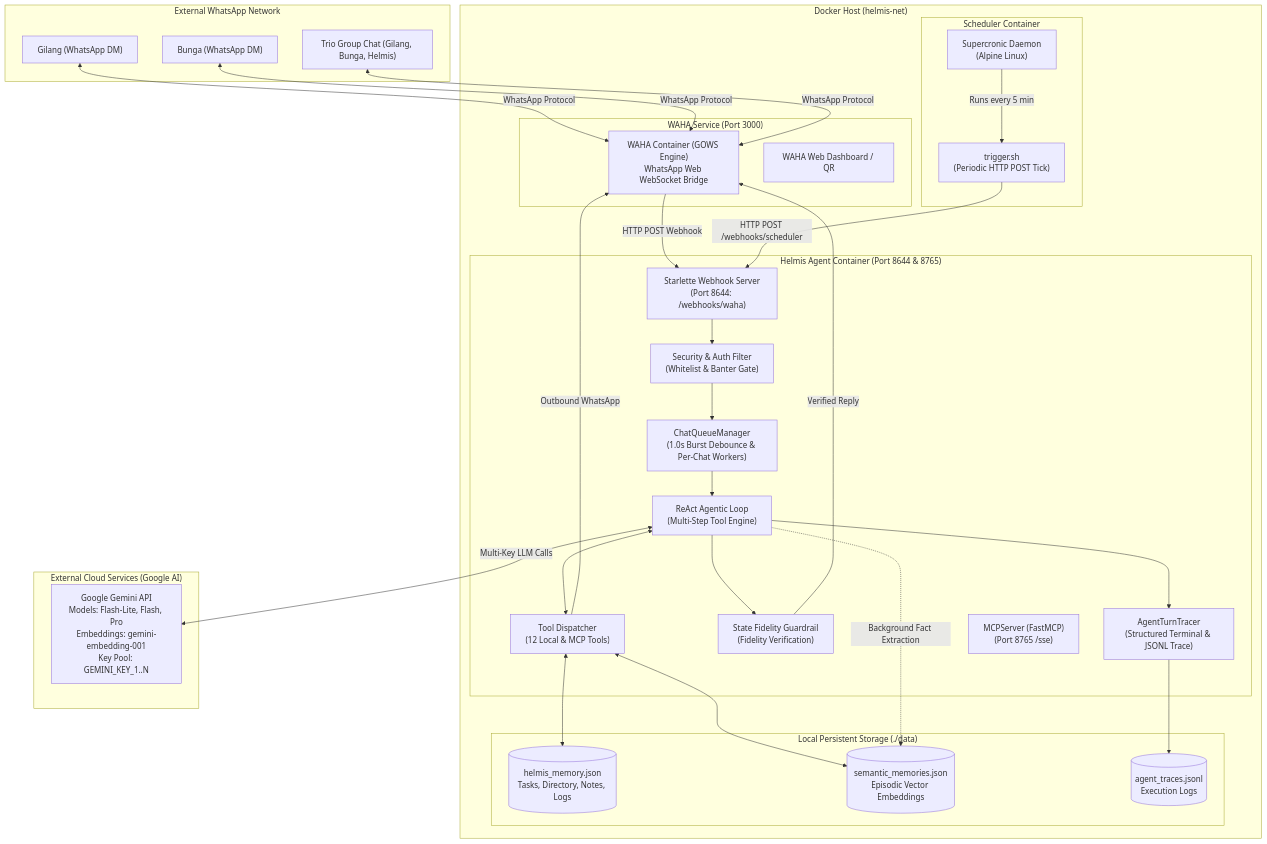
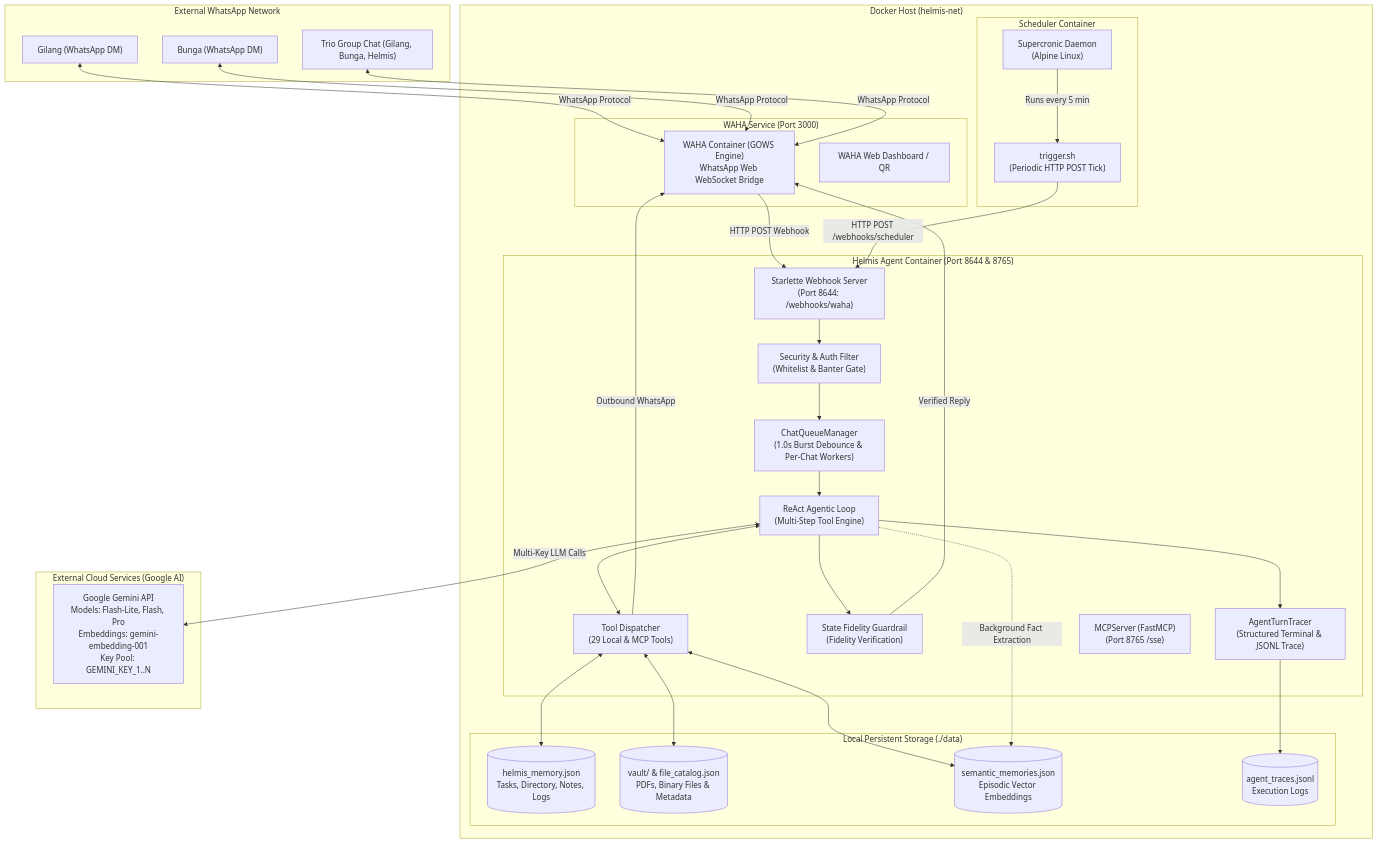
One commit to gimigkk/Helmis changed the first of 2 diagrams in docs/ARCHITECTURE.md. Above: the diagram before and after it, drawn with Mermaid. The commit also changed other lines of this file and 8 other files, not shown here.

````diff
--- a/docs/ARCHITECTURE.md
+++ b/docs/ARCHITECTURE.md
@@ -11,63 +11,65 @@
 ```mermaid
 graph TD
     subgraph "External WhatsApp Network"
         UserG["Gilang (WhatsApp DM)"]
         UserB["Bunga (WhatsApp DM)"]
         GroupT["Trio Group Chat (Gilang, Bunga, Helmis)"]
     end
 
     subgraph "Docker Host (helmis-net)"
         subgraph "WAHA Service (Port 3000)"
             WAHA["WAHA Container (GOWS Engine)<br/>WhatsApp Web WebSocket Bridge"]
             WAHADash["WAHA Web Dashboard / QR"]
         end
 
         subgraph "Helmis Agent Container (Port 8644 & 8765)"
             WH["Starlette Webhook Server<br/>(Port 8644: /webhooks/waha)"]
             AuthF["Security & Auth Filter<br/>(Whitelist & Banter Gate)"]
             QueueMgr["ChatQueueManager<br/>(1.0s Burst Debounce & Per-Chat Workers)"]
             ReActLoop["ReAct Agentic Loop<br/>(Multi-Step Tool Engine)"]
-            ToolDisp["Tool Dispatcher<br/>(12 Local & MCP Tools)"]
+            ToolDisp["Tool Dispatcher<br/>(29 Local & MCP Tools)"]
             Guardrail["State Fidelity Guardrail<br/>(Fidelity Verification)"]
             Tracer["AgentTurnTracer<br/>(Structured Terminal & JSONL Trace)"]
             MCP["MCPServer (FastMCP)<br/>(Port 8765 /sse)"]
         end
 
         subgraph "Scheduler Container"
             Cron["Supercronic Daemon<br/>(Alpine Linux)"]
             Trigger["trigger.sh<br/>(Periodic HTTP POST Tick)"]
         end
 
         subgraph "Local Persistent Storage (./data)"
             JSONStore[("helmis_memory.json<br/>Tasks, Directory, Notes, Logs")]
+            VaultStore[("vault/ & file_catalog.json<br/>PDFs, Binary Files & Metadata")]
             VecStore[("semantic_memories.json<br/>Episodic Vector Embeddings")]
             TraceLog[("agent_traces.jsonl<br/>Execution Logs")]
         end
     end
 
     subgraph "External Cloud Services (Google AI)"
         GeminiAPI["Google Gemini API<br/>Models: Flash-Lite, Flash, Pro<br/>Embeddings: gemini-embedding-001<br/>Key Pool: GEMINI_KEY_1..N"]
     end
 
     UserG <-->|WhatsApp Protocol| WAHA
     UserB <-->|WhatsApp Protocol| WAHA
     GroupT <-->|WhatsApp Protocol| WAHA
 
     WAHA -->|HTTP POST Webhook| WH
     Cron -->|Runs every 5 min| Trigger
     Trigger -->|HTTP POST /webhooks/scheduler| WH
 
     WH --> AuthF
     AuthF --> QueueMgr
     QueueMgr --> ReActLoop
     ReActLoop <-->|Multi-Key LLM Calls| GeminiAPI
     ReActLoop <--> ToolDisp
     ToolDisp <--> JSONStore
+    ToolDisp <--> VaultStore
     ToolDisp <--> VecStore
     ToolDisp -->|Outbound WhatsApp| WAHA
     ReActLoop --> Guardrail
     Guardrail -->|Verified Reply| WAHA
     ReActLoop -.->|Background Fact Extraction| VecStore
     ReActLoop --> Tracer
     Tracer --> TraceLog
 ```
````
